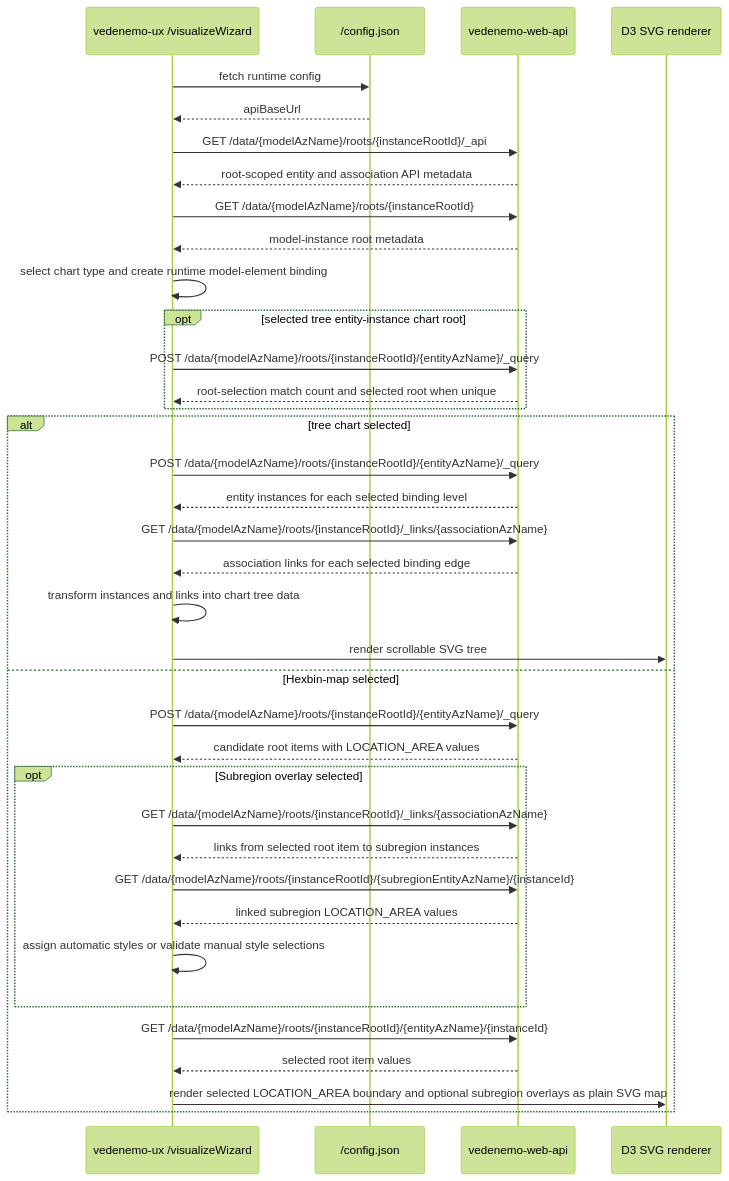
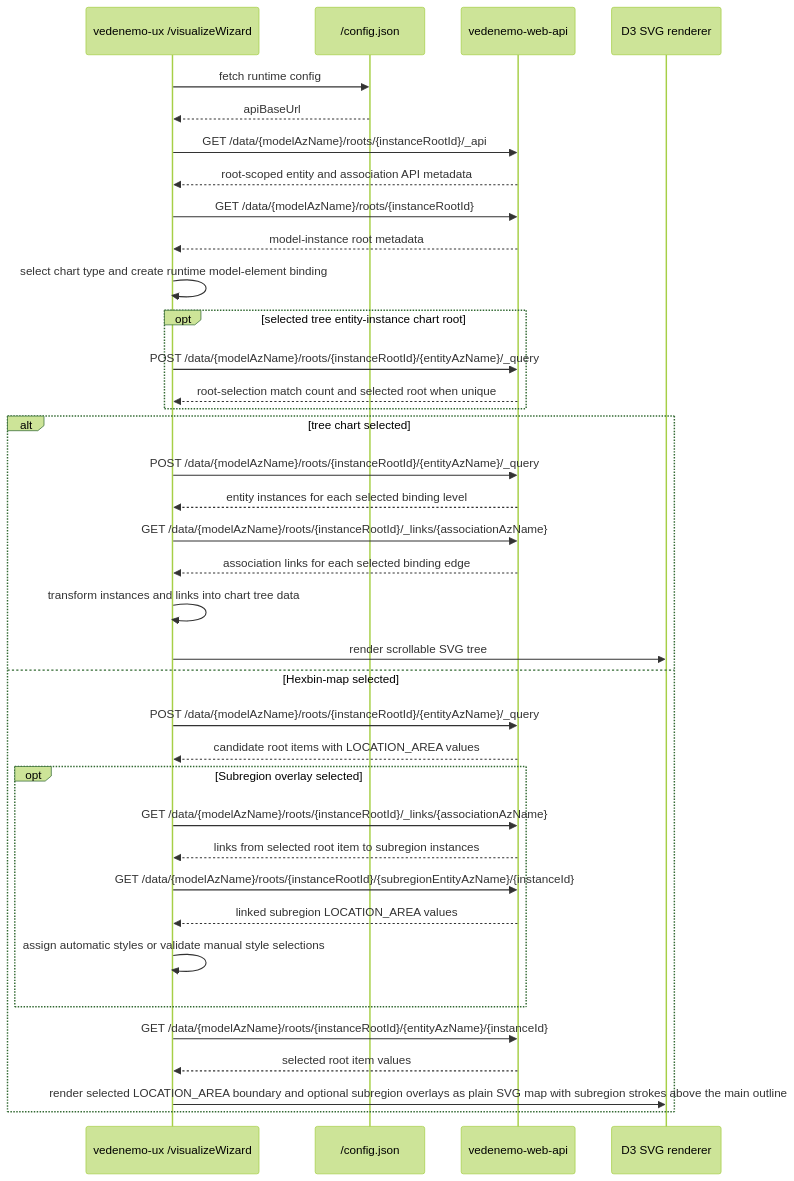
One commit to VedenemoDev/VedenemoMonorepo changed the tenth of 12 diagrams in docs/architecture_doc.md. Above: the diagram before and after it, drawn with Mermaid (forest theme). The commit also changed 6 other files, not shown here.

First line of the commit message:
Render Hexbin subregion borders above main boundary

````diff
--- a/docs/architecture_doc.md
+++ b/docs/architecture_doc.md
@@ -997,40 +997,40 @@
 ```mermaid
 sequenceDiagram
     participant UX as vedenemo-ux /visualizeWizard
     participant Config as /config.json
     participant API as vedenemo-web-api
     participant D3 as D3 SVG renderer
 
     UX->>Config: fetch runtime config
     Config-->>UX: apiBaseUrl
     UX->>API: GET /data/{modelAzName}/roots/{instanceRootId}/_api
     API-->>UX: root-scoped entity and association API metadata
     UX->>API: GET /data/{modelAzName}/roots/{instanceRootId}
     API-->>UX: model-instance root metadata
     UX->>UX: select chart type and create runtime model-element binding
     opt selected tree entity-instance chart root
         UX->>API: POST /data/{modelAzName}/roots/{instanceRootId}/{entityAzName}/_query
         API-->>UX: root-selection match count and selected root when unique
     end
     alt tree chart selected
         UX->>API: POST /data/{modelAzName}/roots/{instanceRootId}/{entityAzName}/_query
         API-->>UX: entity instances for each selected binding level
         UX->>API: GET /data/{modelAzName}/roots/{instanceRootId}/_links/{associationAzName}
         API-->>UX: association links for each selected binding edge
         UX->>UX: transform instances and links into chart tree data
         UX->>D3: render scrollable SVG tree
     else Hexbin-map selected
         UX->>API: POST /data/{modelAzName}/roots/{instanceRootId}/{entityAzName}/_query
         API-->>UX: candidate root items with LOCATION_AREA values
         opt Subregion overlay selected
             UX->>API: GET /data/{modelAzName}/roots/{instanceRootId}/_links/{associationAzName}
             API-->>UX: links from selected root item to subregion instances
             UX->>API: GET /data/{modelAzName}/roots/{instanceRootId}/{subregionEntityAzName}/{instanceId}
             API-->>UX: linked subregion LOCATION_AREA values
             UX->>UX: assign automatic styles or validate manual style selections
         end
         UX->>API: GET /data/{modelAzName}/roots/{instanceRootId}/{entityAzName}/{instanceId}
         API-->>UX: selected root item values
-        UX->>D3: render selected LOCATION_AREA boundary and optional subregion overlays as plain SVG map
+        UX->>D3: render selected LOCATION_AREA boundary and optional subregion overlays as plain SVG map with subregion strokes above the main outline
     end
 ```
````
